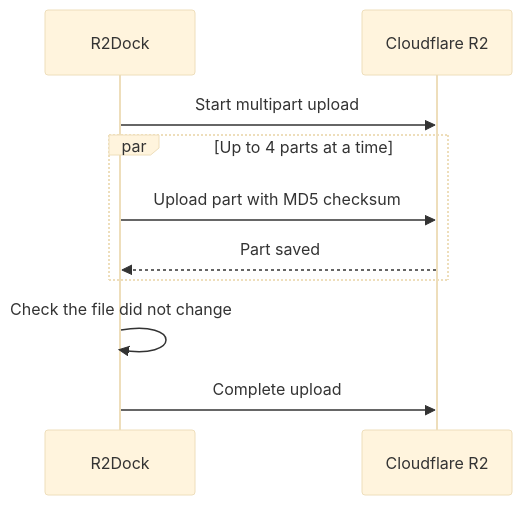
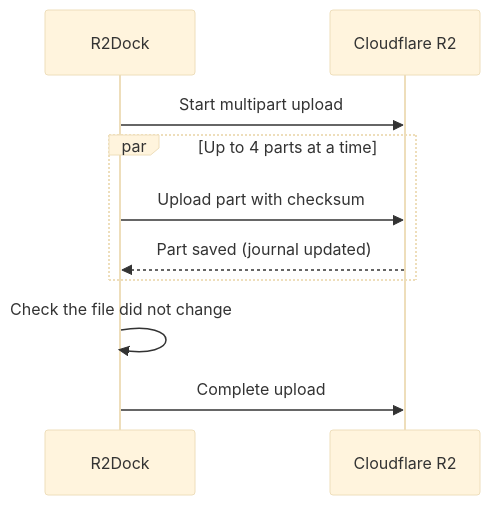
One commit to VijaysinghPuwar/R2Dock changed the second of 4 diagrams in README.md. Above: the diagram before and after it, drawn with Mermaid (base theme). The commit also changed other lines of this file and 1 other file, not shown here.

Commit message:
Rewrite the README with diagrams, log samples, and a new walkthrough GIF

````diff
--- a/README.md
+++ b/README.md
@@ -115,12 +115,12 @@
 ```mermaid
 sequenceDiagram
     participant App as R2Dock
     participant R2 as Cloudflare R2
     App->>R2: Start multipart upload
     par Up to 4 parts at a time
-        App->>R2: Upload part with MD5 checksum
-        R2-->>App: Part saved
+        App->>R2: Upload part with checksum
+        R2-->>App: Part saved (journal updated)
     end
     App->>App: Check the file did not change
     App->>R2: Complete upload
 ```
````
